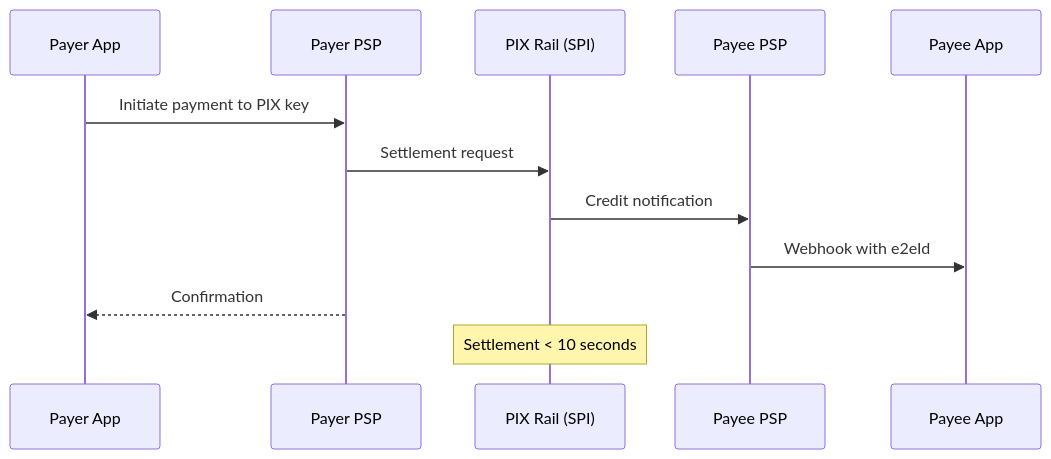
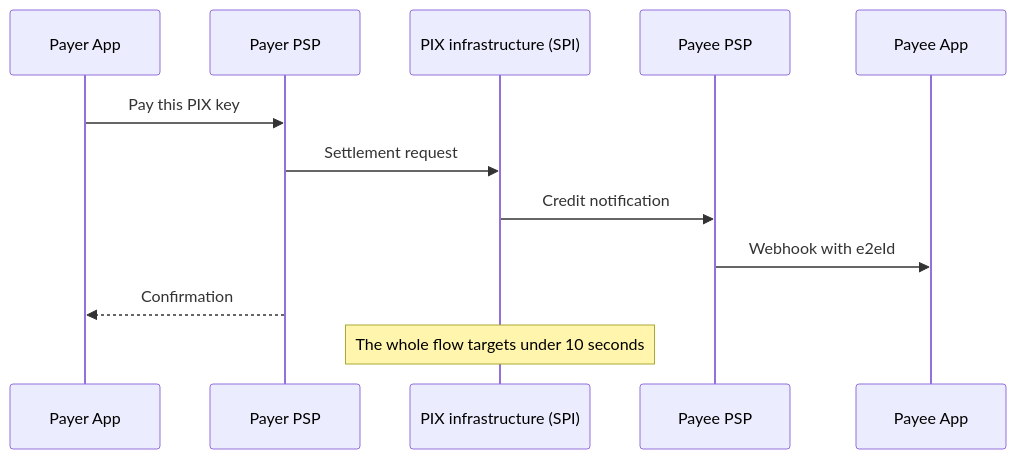
Before and after one commit to L-G99921/tw-portfolio: the first of 2 diagrams in docs/pix/about-pix.md, drawn with Mermaid. The commit also changed other lines of this file and 47 other files, not shown here.

````diff
--- a/docs/pix/about-pix.md
+++ b/docs/pix/about-pix.md
@@ -37,15 +37,15 @@
 ```mermaid
 sequenceDiagram
     participant Payer App
     participant Payer PSP
-    participant SPI as PIX Rail (SPI)
+    participant SPI as PIX infrastructure (SPI)
     participant Payee PSP
     participant Payee App
 
-    Payer App->>Payer PSP: Initiate payment to PIX key
+    Payer App->>Payer PSP: Pay this PIX key
     Payer PSP->>SPI: Settlement request
     SPI->>Payee PSP: Credit notification
     Payee PSP->>Payee App: Webhook with e2eId
     Payer PSP-->>Payer App: Confirmation
-    Note over SPI: Settlement < 10 seconds
+    Note over SPI: The whole flow targets under 10 seconds
 ```
````
